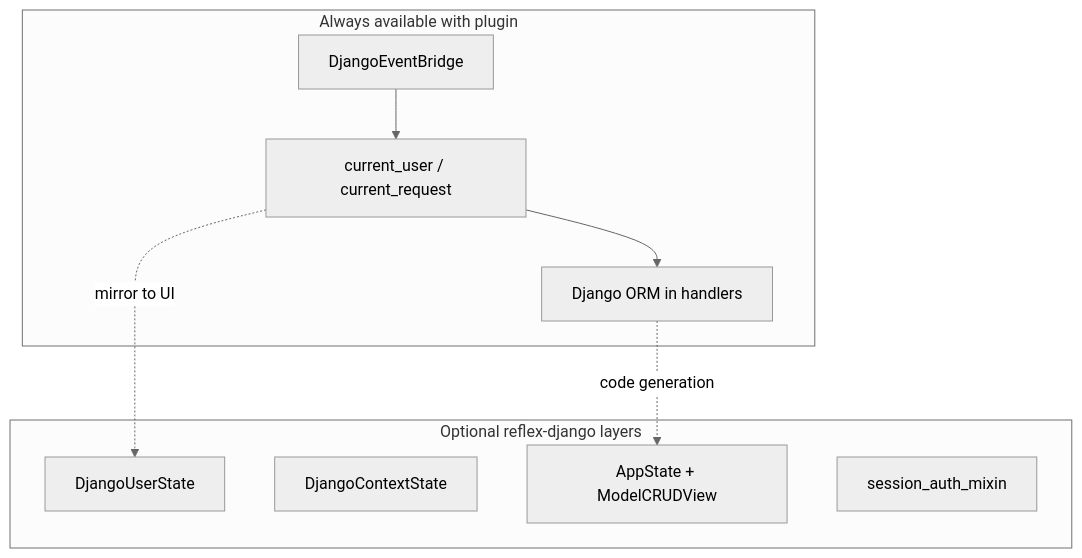
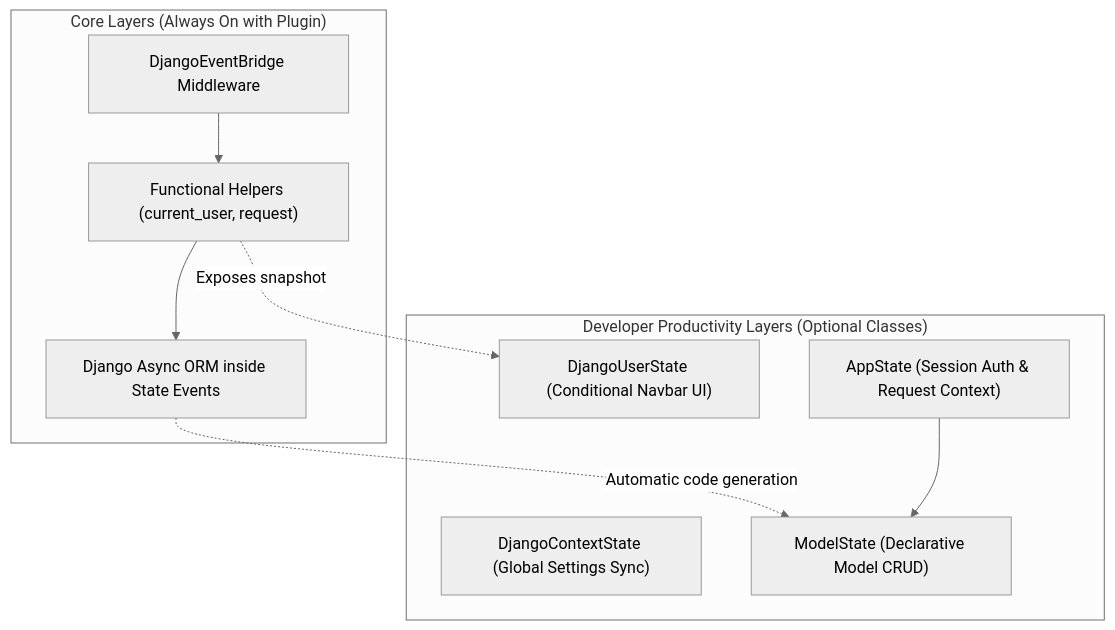
Before and after one commit to web7ai/reflex-django: the diagram in docs/state_management.md, drawn with Mermaid (neutral theme). The commit also changed other lines of this file and 102 other files, not shown here.

````diff
--- a/docs/state_management.md
+++ b/docs/state_management.md
@@ -28,18 +13,21 @@
 ```mermaid
 flowchart TB
-  subgraph required [Always available with plugin]
-    Bridge[DjangoEventBridge]
-    Helpers[current_user / current_request]
-    ORM[Django ORM in handlers]
+  subgraph Required["Core Layers (Always On with Plugin)"]
+    Bridge["DjangoEventBridge Middleware"]
+    Helpers["Functional Helpers (current_user, request)"]
+    ORM["Django Async ORM inside State Events"]
   end
-  subgraph optional [Optional reflex-django layers]
-    UserState[DjangoUserState]
-    CtxState[DjangoContextState]
-    AppState[AppState + ModelCRUDView]
-    SessionMixin[session_auth_mixin]
+  
+  subgraph Optional["Developer Productivity Layers (Optional Classes)"]
+    UserState["DjangoUserState (Conditional Navbar UI)"]
+    CtxState["DjangoContextState (Global Settings Sync)"]
+    AppState["AppState (Session Auth & Request Context)"]
+    ModelState["ModelState (Declarative Model CRUD)"]
   end
+
   Bridge --> Helpers
   Helpers --> ORM
-  Helpers -.->|mirror to UI| UserState
-  ORM -.->|code generation| AppState
+  Helpers -.->|Exposes snapshot| UserState
+  ORM -.->|Automatic code generation| ModelState
+  AppState --> ModelState
 ```
````
